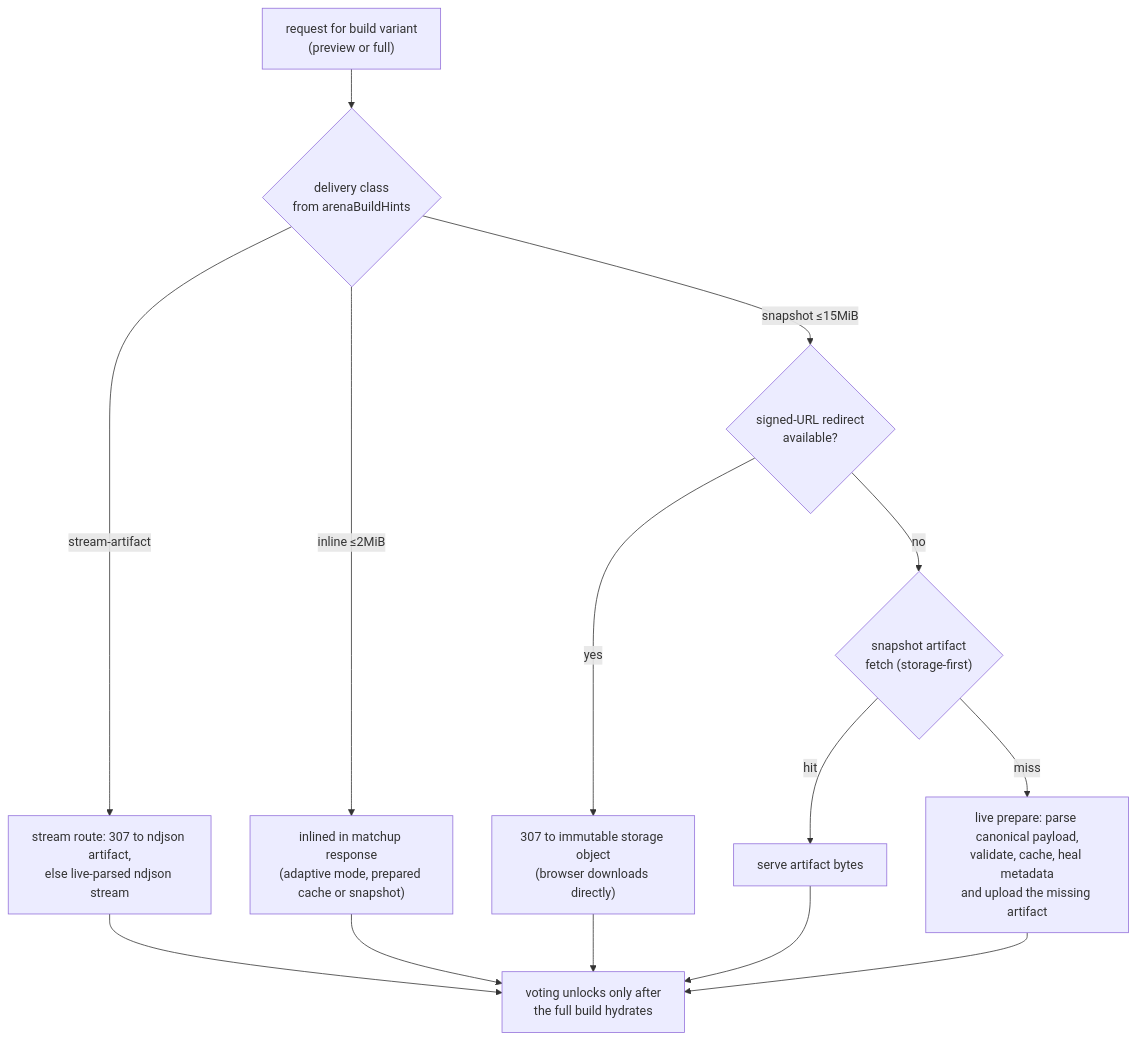
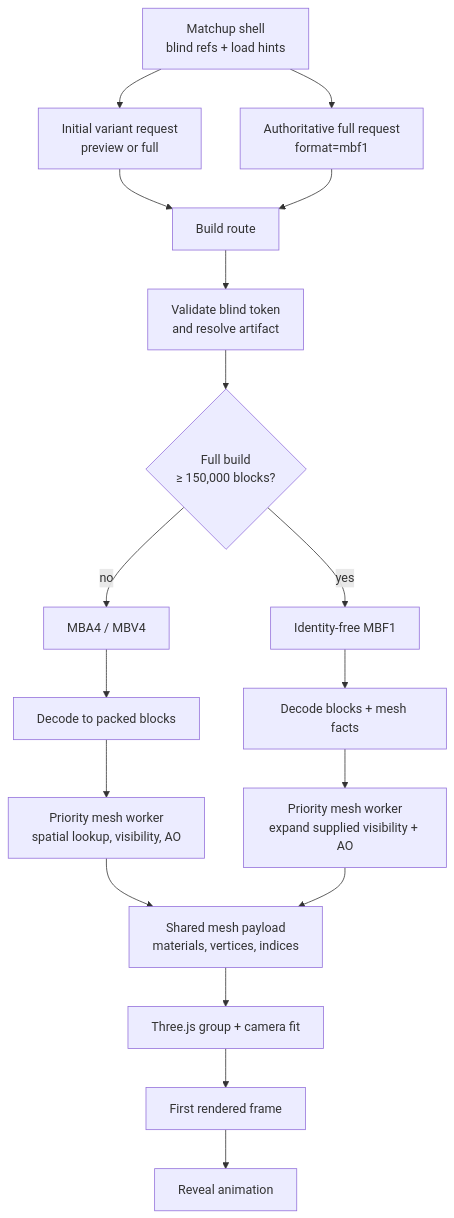
Before and after one commit to Ammaar-Alam/minebench: the third of 4 diagrams in docs/architecture.md, drawn with Mermaid. The commit also changed other lines of this file and 1 other file, not shown here.

Commit message:
docs(architecture): document MBF1 delivery pipeline

````diff
--- a/docs/architecture.md
+++ b/docs/architecture.md
@@ -89,16 +79,25 @@
 ```mermaid
 flowchart TD
-    Q["request for build variant<br/>(preview or full)"] --> C{"delivery class<br/>from arenaBuildHints"}
-    C -- "inline ≤2MiB" --> IN["inlined in matchup response<br/>(adaptive mode, prepared cache or snapshot)"]
-    C -- "snapshot ≤15MiB" --> SR{"signed-URL redirect<br/>available?"}
-    C -- "stream-artifact" --> ST["stream route: 307 to ndjson artifact,<br/>else live-parsed ndjson stream"]
-    SR -- yes --> S307["307 to immutable storage object<br/>(browser downloads directly)"]
-    SR -- no --> AF{"snapshot artifact<br/>fetch (storage-first)"}
-    AF -- hit --> ASRV["serve artifact bytes"]
-    AF -- miss --> LP["live prepare: parse canonical payload,<br/>validate, cache, heal metadata<br/>and upload the missing artifact"]
-    ST --> VOTE
-    IN --> VOTE
-    S307 --> VOTE
-    ASRV --> VOTE
-    LP --> VOTE["voting unlocks only after<br/>the full build hydrates"]
+    MATCHUP["Matchup shell<br/>blind refs + load hints"] --> INITIAL["Initial variant request<br/>preview or full"]
+    MATCHUP --> FULL["Authoritative full request<br/>format=mbf1"]
+
+    INITIAL --> ROUTE["Build route"]
+    FULL --> ROUTE
+    ROUTE --> TOKEN["Validate blind token<br/>and resolve artifact"]
+    TOKEN --> CHOOSE{"Full build<br/>≥ 150,000 blocks?"}
+
+    CHOOSE -- no --> MBA4["MBA4 / MBV4"]
+    CHOOSE -- yes --> MBF1["Identity-free MBF1"]
+
+    MBA4 --> DECODE["Decode to packed blocks"]
+    MBF1 --> FACTDECODE["Decode blocks + mesh facts"]
+
+    DECODE --> WORKER["Priority mesh worker<br/>spatial lookup, visibility, AO"]
+    FACTDECODE --> FASTWORKER["Priority mesh worker<br/>expand supplied visibility + AO"]
+
+    WORKER --> GEOMETRY["Shared mesh payload<br/>materials, vertices, indices"]
+    FASTWORKER --> GEOMETRY
+    GEOMETRY --> THREE["Three.js group + camera fit"]
+    THREE --> FRAME["First rendered frame"]
+    FRAME --> REVEAL["Reveal animation"]
 ```
````
